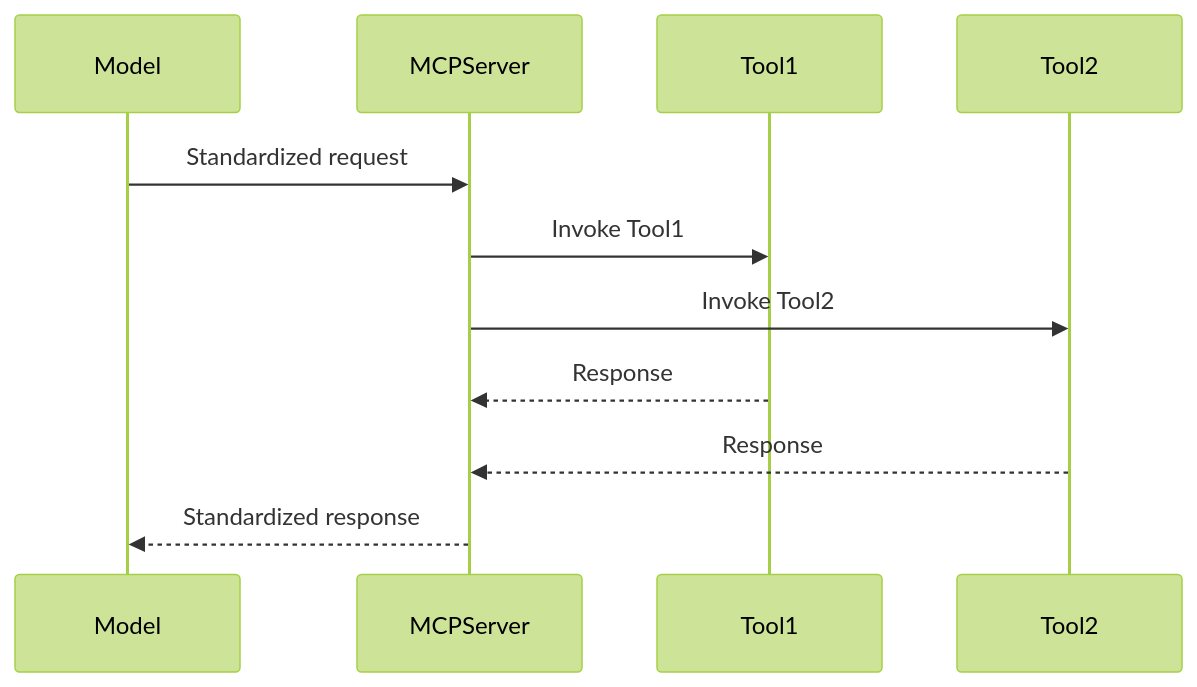
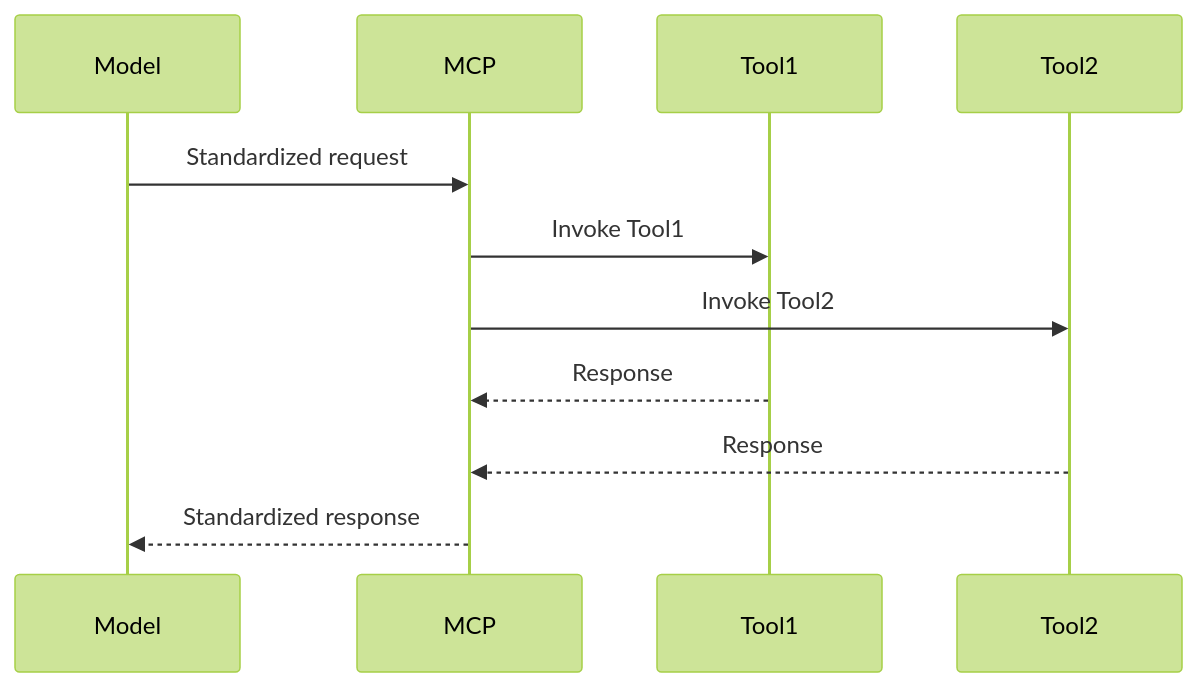
The second of 4 diagrams in docs/mcp-presentation.md (bicep/ol-demo), drawn with Mermaid (forest theme) before and after one commit. The commit also changed other lines of this file and 4 other files, not shown here.

```diff
--- a/docs/mcp-presentation.md
+++ b/docs/mcp-presentation.md
@@ -72,13 +72,13 @@
 <div class="mermaid">
 sequenceDiagram
     participant Model
-    participant MCPServer
+    participant MCP
     participant Tool1
     participant Tool2
-    Model->>MCPServer: Standardized request
-    MCPServer->>Tool1: Invoke Tool1
-    MCPServer->>Tool2: Invoke Tool2
-    Tool1-->>MCPServer: Response
-    Tool2-->>MCPServer: Response
-    MCPServer-->>Model: Standardized response
+    Model->>MCP: Standardized request
+    MCP->>Tool1: Invoke Tool1
+    MCP->>Tool2: Invoke Tool2
+    Tool1-->>MCP: Response
+    Tool2-->>MCP: Response
+    MCP-->>Model: Standardized response
 </div>
```
